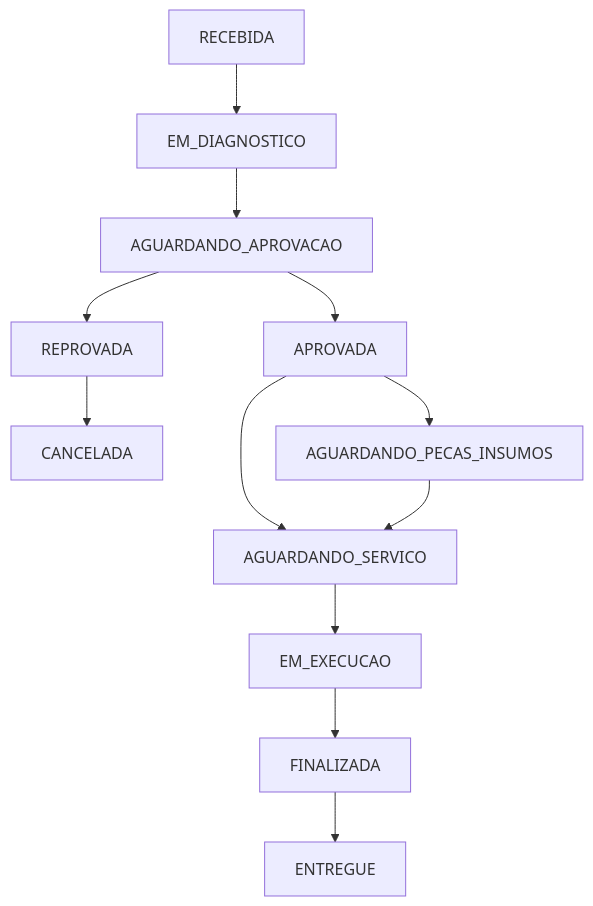
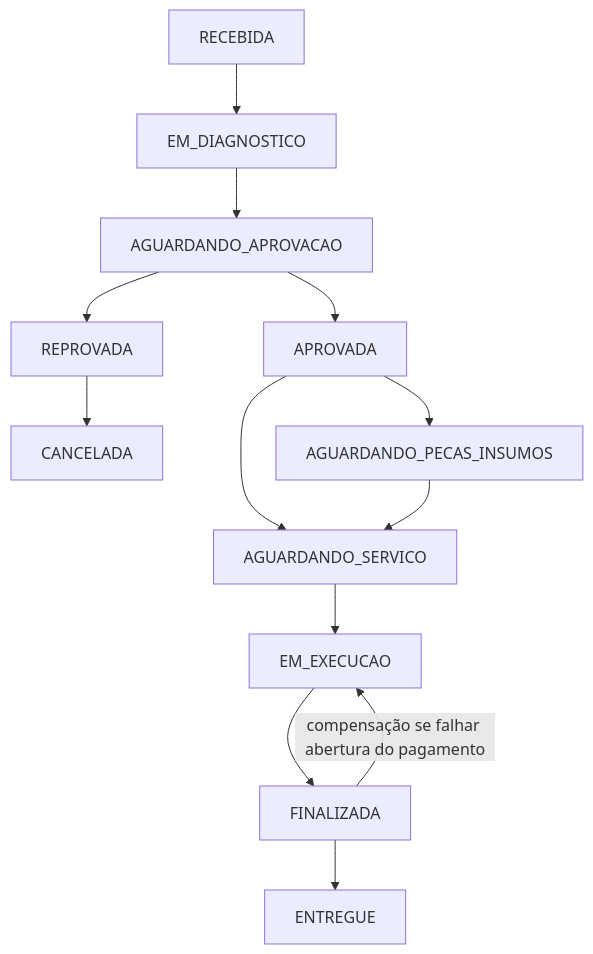
One commit to 32SOAT/oficina-mecanica-os-service changed the first of 3 diagrams in docs/fluxo-da-ordem.md. Above: the diagram before and after it, drawn with Mermaid. The commit also changed other lines of this file and 12 other files, not shown here.

````diff
--- a/docs/fluxo-da-ordem.md
+++ b/docs/fluxo-da-ordem.md
@@ -9,14 +9,15 @@
 ```mermaid
 flowchart TD
   recebida[RECEBIDA] --> diagnostico[EM_DIAGNOSTICO]
   diagnostico --> aprovacao[AGUARDANDO_APROVACAO]
   aprovacao --> aprovada[APROVADA]
   aprovacao --> reprovada[REPROVADA]
   reprovada --> cancelada[CANCELADA]
   aprovada --> servico[AGUARDANDO_SERVICO]
   aprovada --> pecas[AGUARDANDO_PECAS_INSUMOS]
   pecas --> servico
   servico --> execucao[EM_EXECUCAO]
   execucao --> finalizada[FINALIZADA]
+  finalizada -->|compensação se falhar abertura do pagamento| execucao
   finalizada --> entregue[ENTREGUE]
 ```
````
